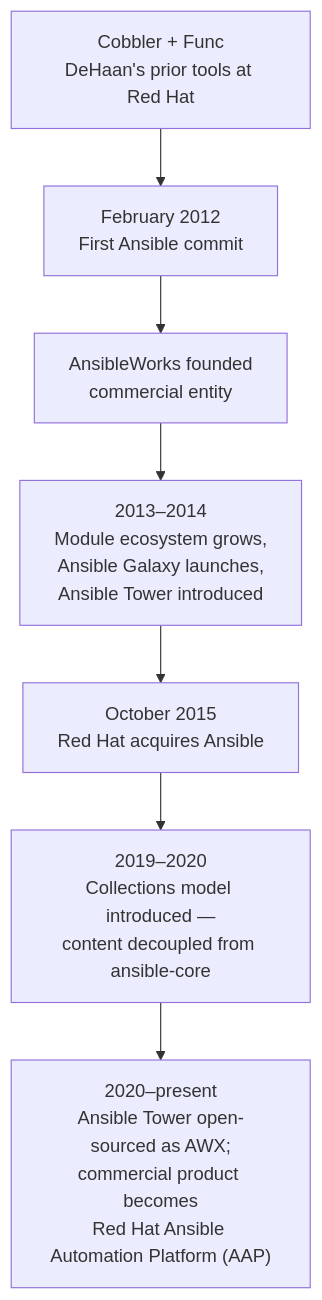
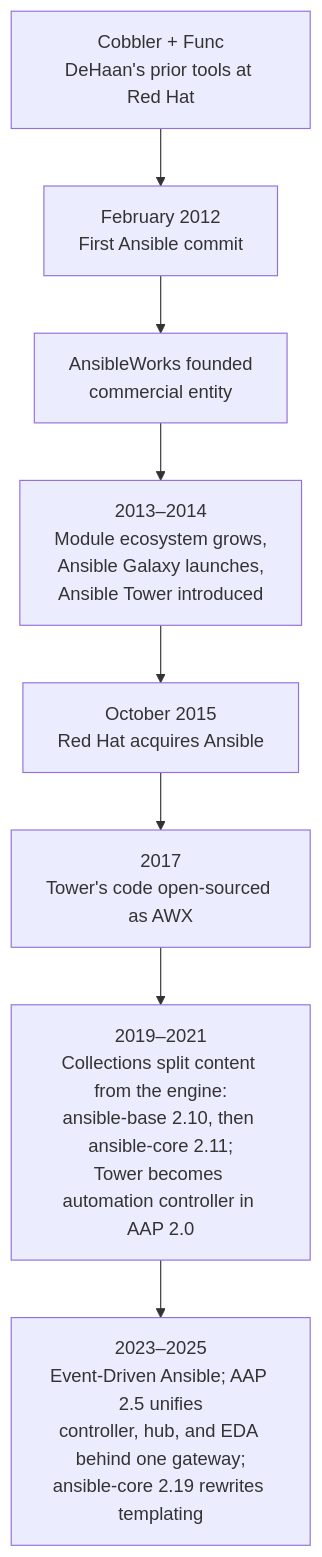
The diagram in docs/ansible/getting-started/00-history-and-why-ansible.md (sameeralam3127/compute-central-docs), drawn with Mermaid before and after one commit. The commit also changed other lines of this file and 134 other files, not shown here.

First line of the commit message:
Refresh Ansible, Kubernetes, and Foundations content for 2026 (#26)

````diff
--- a/docs/ansible/getting-started/00-history-and-why-ansible.md
+++ b/docs/ansible/getting-started/00-history-and-why-ansible.md
@@ -69,9 +69,10 @@
 ```mermaid
 flowchart TD
     A["Cobbler + Func\nDeHaan's prior tools at Red Hat"] --> B["February 2012\nFirst Ansible commit"]
     B --> C["AnsibleWorks founded\ncommercial entity"]
     C --> D["2013–2014\nModule ecosystem grows,\nAnsible Galaxy launches,\nAnsible Tower introduced"]
     D --> E["October 2015\nRed Hat acquires Ansible"]
-    E --> F["2019–2020\nCollections model introduced —\ncontent decoupled from ansible-core"]
-    F --> G["2020–present\nAnsible Tower open-sourced as AWX;\ncommercial product becomes\nRed Hat Ansible Automation Platform (AAP)"]
+    E --> F["2017\nTower's code open-sourced as AWX"]
+    F --> G["2019–2021\nCollections split content from the engine:\nansible-base 2.10, then ansible-core 2.11;\nTower becomes automation controller in AAP 2.0"]
+    G --> H["2023–2025\nEvent-Driven Ansible; AAP 2.5 unifies\ncontroller, hub, and EDA behind one gateway;\nansible-core 2.19 rewrites templating"]
 ```
````
